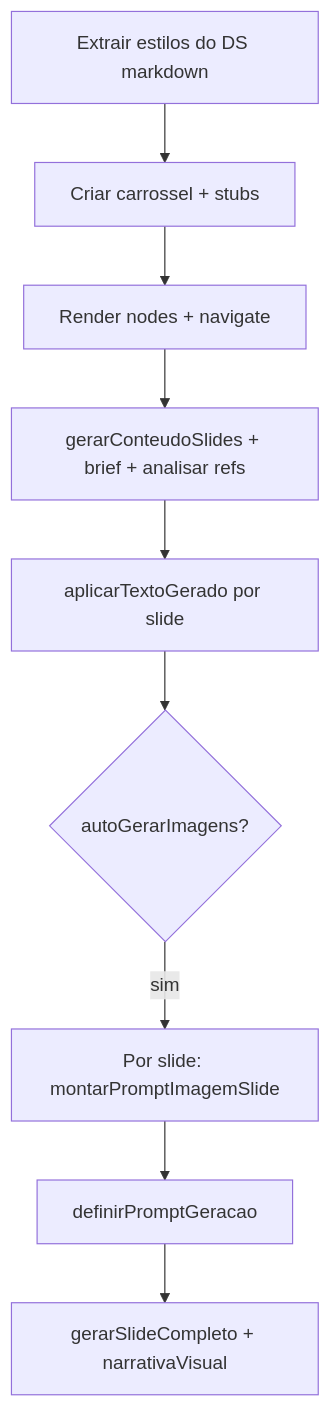
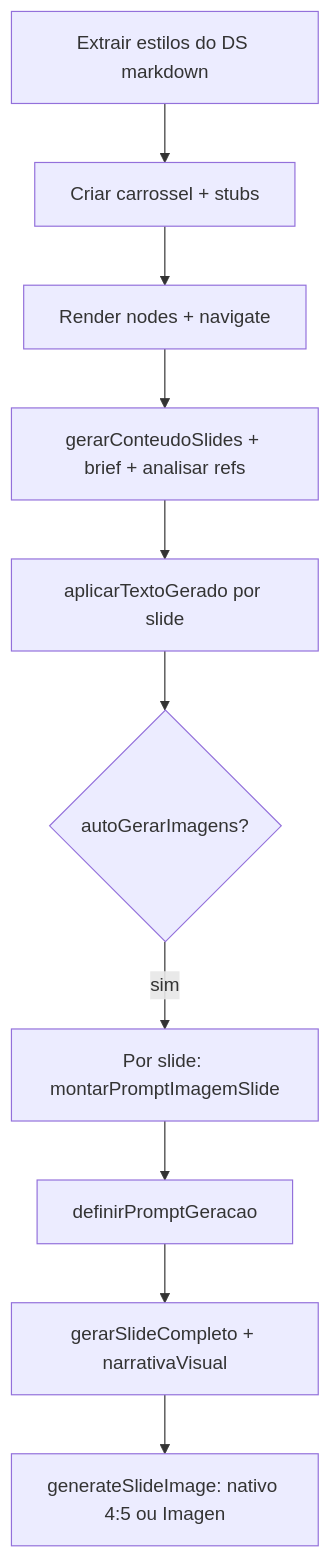
One commit to LucasMarteUX/social-attack2 changed the diagram in docs/continuidade-fluxo-carrossel-ia.md. Above: the diagram before and after it, drawn with Mermaid. The commit also changed other lines of this file and 1 other file, not shown here.

Commit message:
fix: retries na geração de imagem (nativo + Imagen) e doc de continuidade

````diff
--- a/docs/continuidade-fluxo-carrossel-ia.md
+++ b/docs/continuidade-fluxo-carrossel-ia.md
@@ -33,11 +35,12 @@
 ```mermaid
 flowchart TD
   A[Extrair estilos do DS markdown] --> B[Criar carrossel + stubs]
   B --> C[Render nodes + navigate]
   C --> D[gerarConteudoSlides + brief + analisar refs]
   D --> E[aplicarTextoGerado por slide]
   E --> F{autoGerarImagens?}
   F -->|sim| G[Por slide: montarPromptImagemSlide]
   G --> H[definirPromptGeracao]
   H --> I[gerarSlideCompleto + narrativaVisual]
+  I --> J[generateSlideImage: nativo 4:5 ou Imagen]
 ```
````
